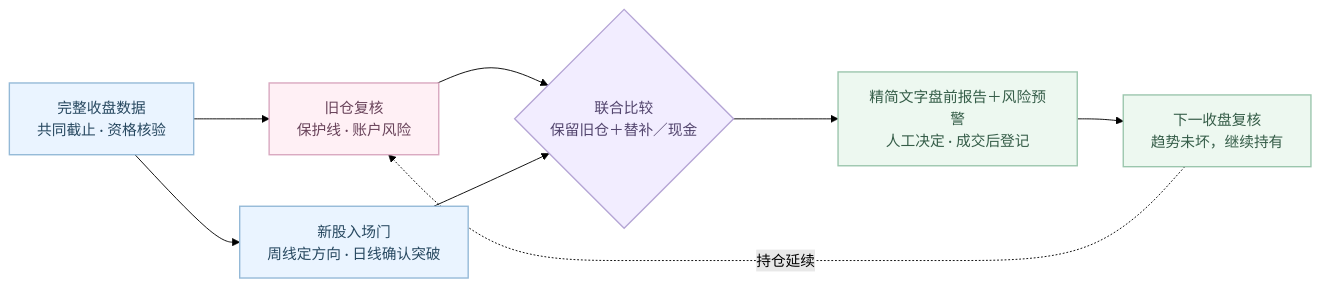
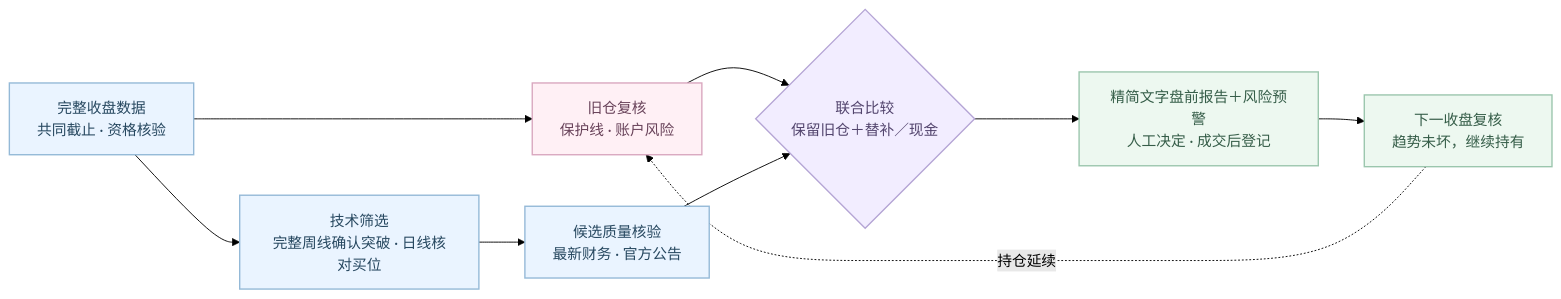
The diagram in README.md (zerongwong/a-share-lab), drawn with Mermaid (forest theme) before and after one commit. The commit also changed other lines of this file and 40 other files, not shown here.

````diff
--- a/README.md
+++ b/README.md
@@ -16,22 +18,23 @@
 ```mermaid
 flowchart LR
     D["完整收盘数据<br/>共同截止 · 资格核验"]
     H["旧仓复核<br/>保护线 · 账户风险"]
-    N["新股入场门<br/>周线定方向 · 日线确认突破"]
+    N["技术筛选<br/>完整周线确认突破 · 日线核对买位"]
+    F["候选质量核验<br/>最新财务 · 官方公告"]
     J{"联合比较<br/>保留旧仓＋替补／现金"}
     R["精简文字盘前报告＋风险预警<br/>人工决定 · 成交后登记"]
     V["下一收盘复核<br/>趋势未坏，继续持有"]
     D --> H & N
     H --> J
-    N --> J
+    N --> F --> J
     J --> R --> V
     V -. 持仓延续 .-> H
     classDef sky fill:#eaf4ff,stroke:#94b9d7,color:#274860,stroke-width:1.5px;
     classDef rose fill:#fff0f5,stroke:#d9a7bf,color:#69435a,stroke-width:1.5px;
     classDef mint fill:#edf8f0,stroke:#9bc6ad,color:#355d48,stroke-width:1.5px;
     classDef lavender fill:#f2edff,stroke:#b5a5d5,color:#52446d,stroke-width:1.5px;
-    class D,N sky;
+    class D,N,F sky;
     class H rose;
     class J lavender;
     class R,V mint;
 ```
````
